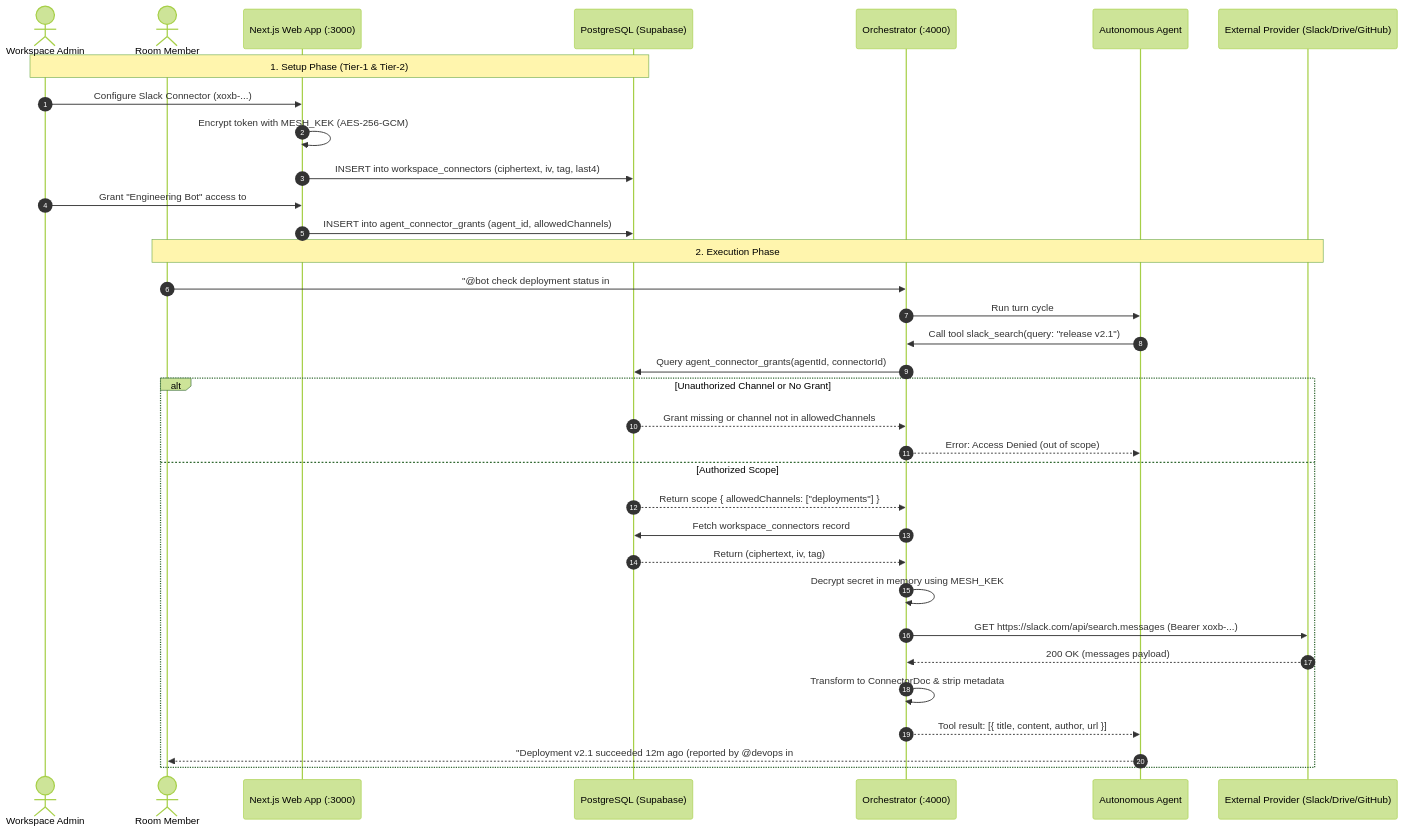
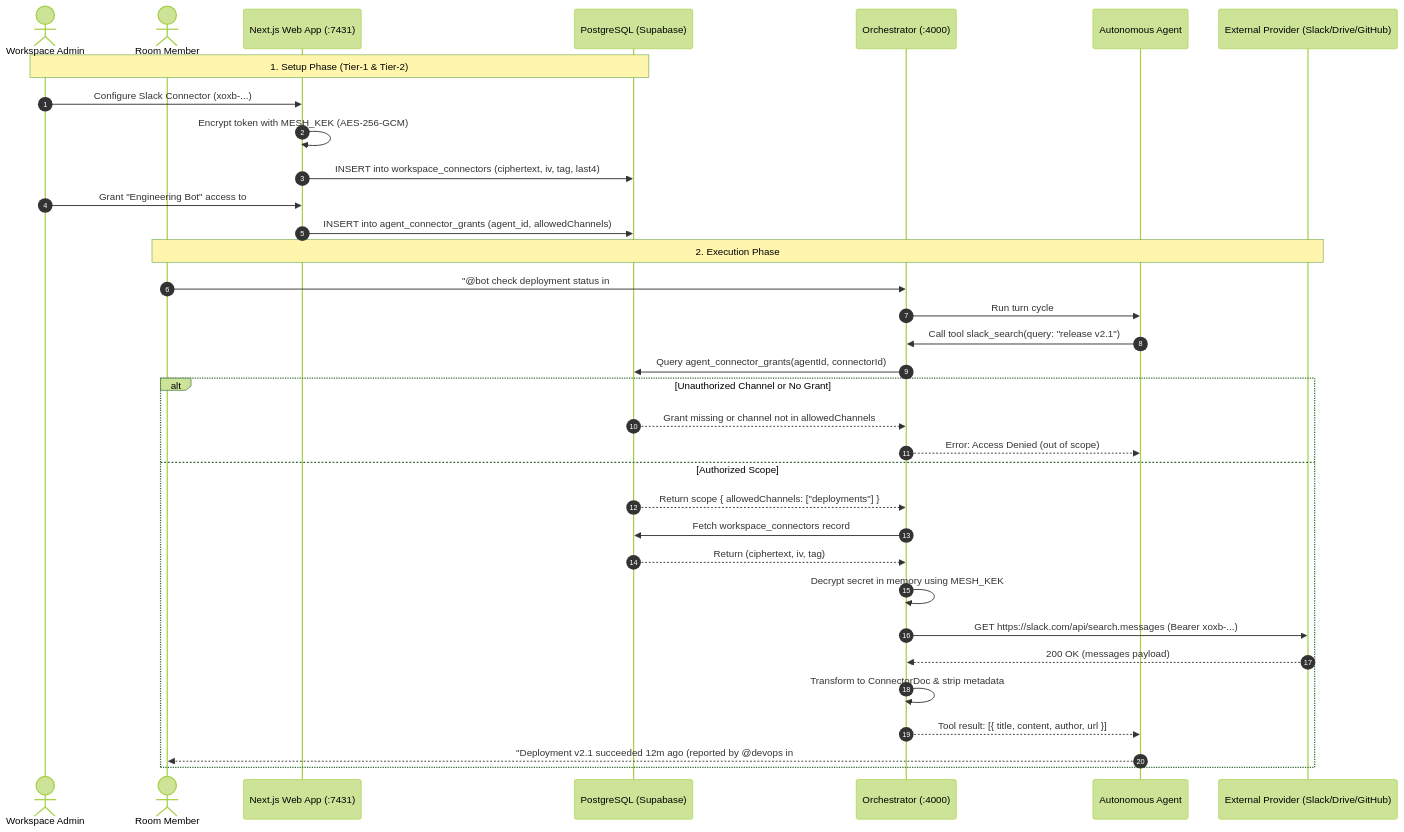
Before and after one commit to anurag3407/sayabot: the first of 2 diagrams in docs/connectors.md, drawn with Mermaid (forest theme). The commit also changed 56 other files, not shown here.

First line of the commit message:
refactor(dev): move the web app from port 3000 to 7431

````diff
--- a/docs/connectors.md
+++ b/docs/connectors.md
@@ -107,38 +107,38 @@
 ```mermaid
 sequenceDiagram
     autonumber
     actor Admin as Workspace Admin
     actor User as Room Member
-    participant UI as Next.js Web App (:3000)
+    participant UI as Next.js Web App (:7431)
     participant DB as PostgreSQL (Supabase)
     participant Orch as Orchestrator (:4000)
     participant Agent as Autonomous Agent
     participant ExtAPI as External Provider (Slack/Drive/GitHub)
 
     Note over Admin,DB: 1. Setup Phase (Tier-1 & Tier-2)
     Admin->>UI: Configure Slack Connector (xoxb-...)
     UI->>UI: Encrypt token with MESH_KEK (AES-256-GCM)
     UI->>DB: INSERT into workspace_connectors (ciphertext, iv, tag, last4)
     Admin->>UI: Grant "Engineering Bot" access to #deployments
     UI->>DB: INSERT into agent_connector_grants (agent_id, allowedChannels)
 
     Note over User,ExtAPI: 2. Execution Phase
     User->>Orch: "@bot check deployment status in #deployments"
     Orch->>Agent: Run turn cycle
     Agent->>Orch: Call tool slack_search(query: "release v2.1")
     Orch->>DB: Query agent_connector_grants(agentId, connectorId)
     alt Unauthorized Channel or No Grant
         DB-->>Orch: Grant missing or channel not in allowedChannels
         Orch-->>Agent: Error: Access Denied (out of scope)
     else Authorized Scope
         DB-->>Orch: Return scope { allowedChannels: ["deployments"] }
         Orch->>DB: Fetch workspace_connectors record
         DB-->>Orch: Return (ciphertext, iv, tag)
         Orch->>Orch: Decrypt secret in memory using MESH_KEK
         Orch->>ExtAPI: GET https://slack.com/api/search.messages (Bearer xoxb-...)
         ExtAPI-->>Orch: 200 OK (messages payload)
         Orch->>Orch: Transform to ConnectorDoc & strip metadata
         Orch-->>Agent: Tool result: [{ title, content, author, url }]
         Agent-->>User: "Deployment v2.1 succeeded 12m ago (reported by @devops in #deployments)."
     end
 ```
````
